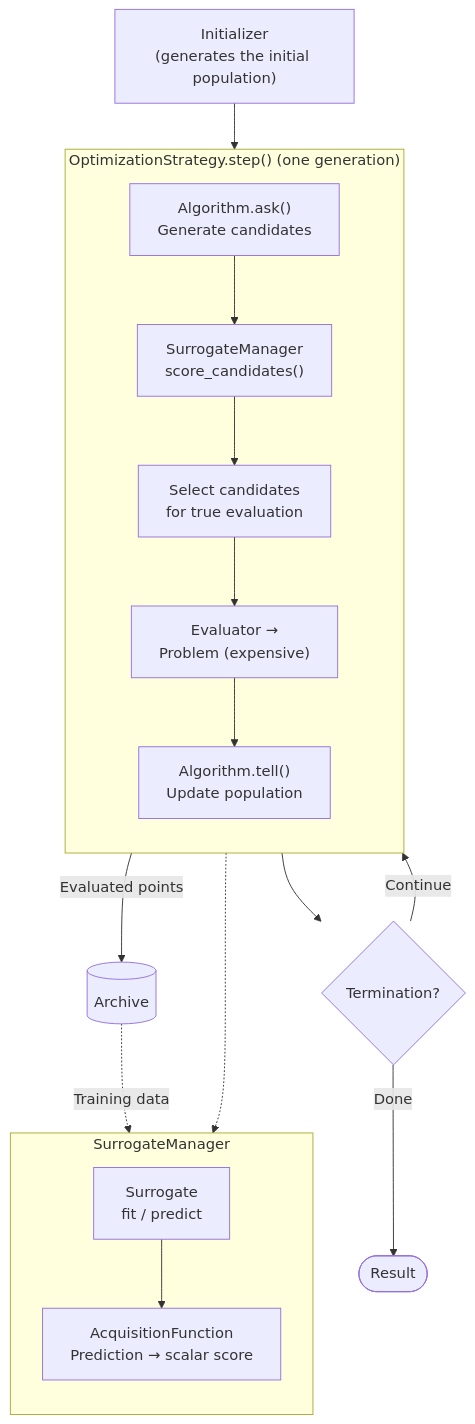
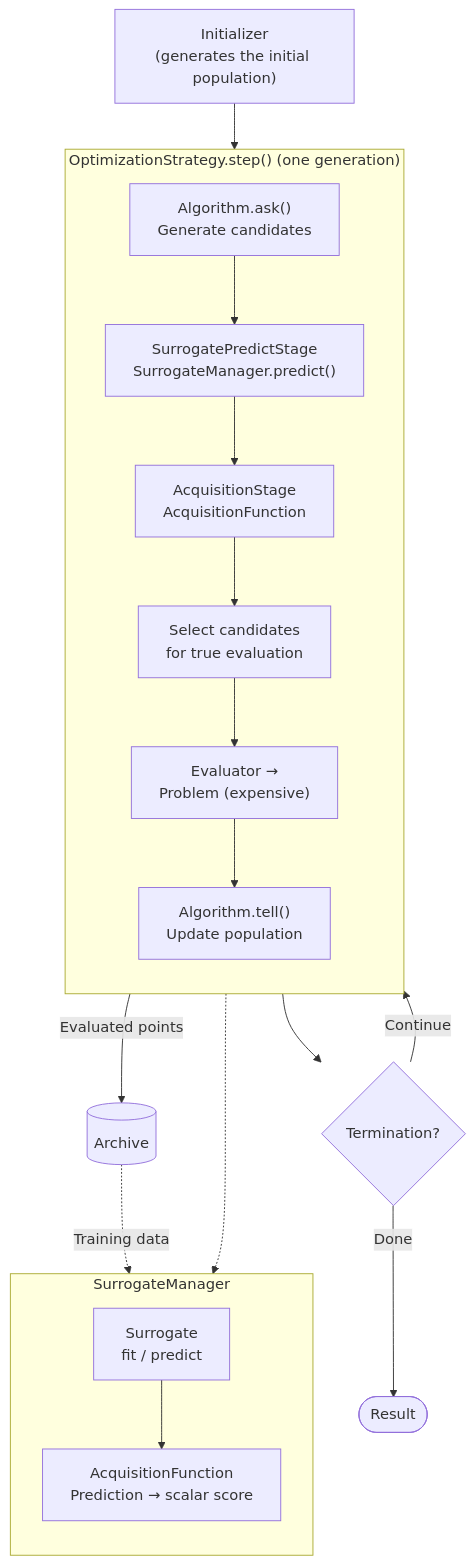
The diagram in docs/components/index.md (shlka/saealib), drawn with Mermaid before and after one commit. The commit also changed other lines of this file and 107 other files, not shown here.

````diff
--- a/docs/components/index.md
+++ b/docs/components/index.md
@@ -13,21 +13,22 @@
 ```{mermaid}
 flowchart TD
     INIT["Initializer<br/>(generates the initial population)"] --> STEP
     subgraph STEP["OptimizationStrategy.step() (one generation)"]
         direction TB
-        ASK["Algorithm.ask()<br/>Generate candidates"] --> SCORE["SurrogateManager<br/>score_candidates()"]
+        ASK["Algorithm.ask()<br/>Generate candidates"] --> PREDICT["SurrogatePredictStage<br/>SurrogateManager.predict()"]
+        PREDICT --> SCORE["AcquisitionStage<br/>AcquisitionFunction"]
         SCORE --> SEL["Select candidates<br/>for true evaluation"]
         SEL --> EVAL["Evaluator →<br/>Problem (expensive)"]
         EVAL --> TELL["Algorithm.tell()<br/>Update population"]
     end
     STEP --> TERM{"Termination?"}
     TERM -- "Continue" --> STEP
     TERM -- "Done" --> RESULT([Result])
     subgraph SM["SurrogateManager"]
         direction TB
         SUR["Surrogate<br/>fit / predict"] --> ACQ["AcquisitionFunction<br/>Prediction → scalar score"]
     end
     SCORE -.-> SM
     EVAL -- "Evaluated points" --> ARC[("Archive")]
     ARC -. "Training data" .-> SUR
 ```
````
